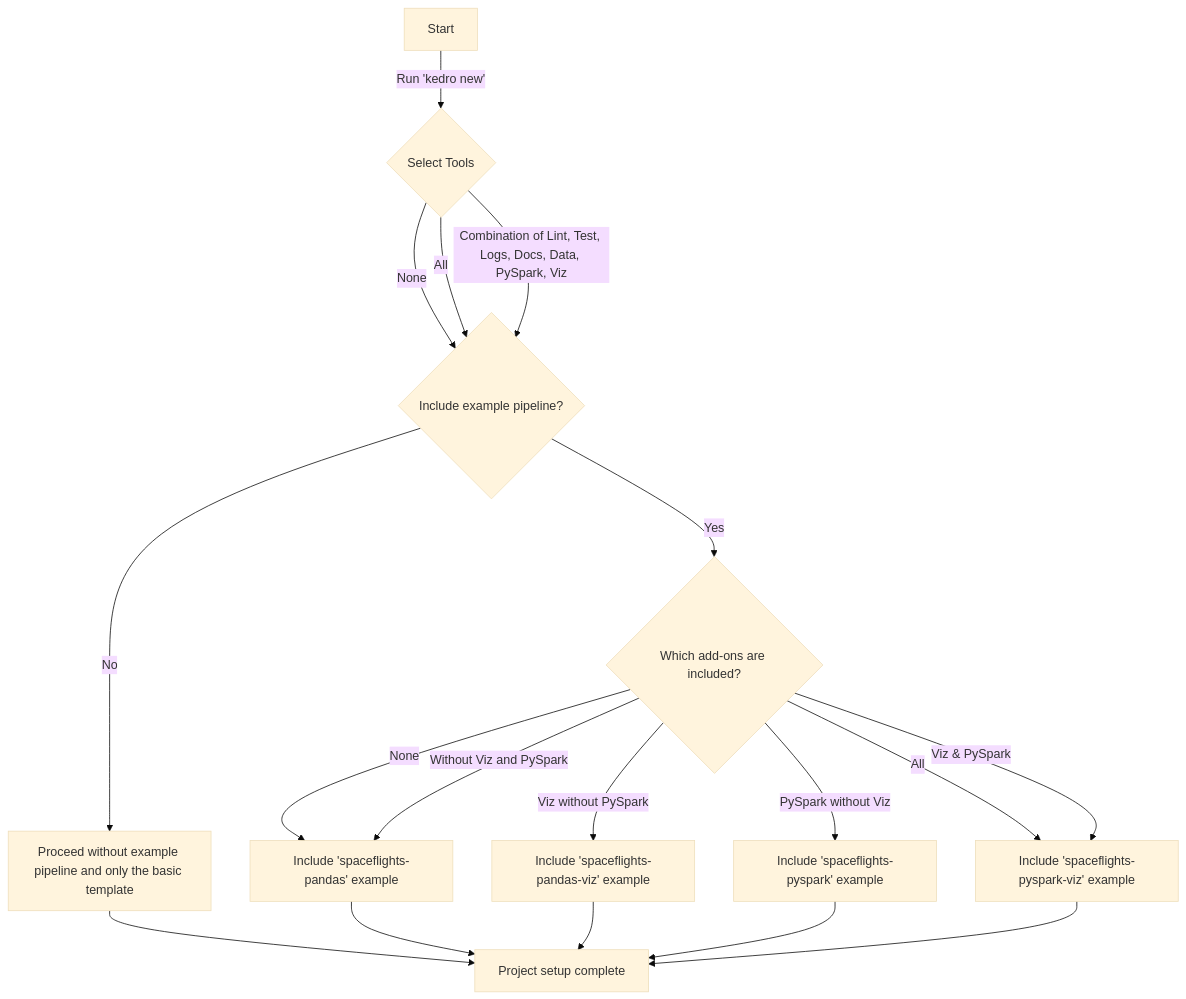
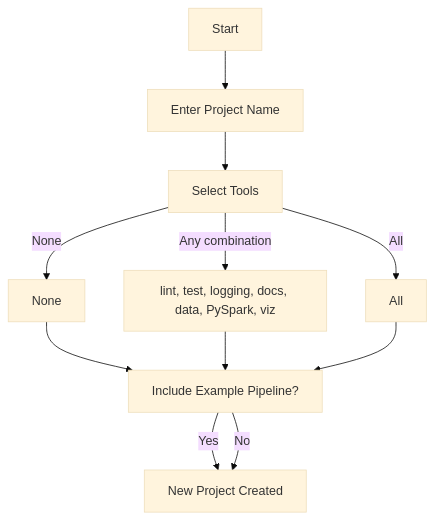
One commit to kedro-org/kedro changed the first of 2 diagrams in docs/source/starters/new_project_tools.md. Above: the diagram before and after it, drawn with Mermaid (base theme). The commit also changed other lines of this file, not shown here.

Commit message:
updated mermaid diagrams

````diff
--- a/docs/source/starters/new_project_tools.md
+++ b/docs/source/starters/new_project_tools.md
@@ -209,21 +210,17 @@
 ```{mermaid}
-:alt: mermaid-Decision making diagram for setting up a new Kedro project
+:alt: General overview diagram for setting up a new Kedro project with tools
 flowchart TD
-    A[Start] -->|Run 'kedro new'| B{Select Tools}
-    B -->|None| C{Include example pipeline?}
-    B -->|All| C{Include example pipeline?}
-    B -->|Combination of Lint, Test, Logs, Docs, Data, PySpark, Viz| C
-    C -->|No| D[Proceed without example pipeline and only the basic template]
-    C -->|Yes| E{Which add-ons are included?}
-    E -->|None| F[Include 'spaceflights-pandas' example]
-    E -->|All| I[Include 'spaceflights-pyspark-viz' example]
-    E -->|Viz without PySpark| G[Include 'spaceflights-pandas-viz' example]
-    E -->|PySpark without Viz| H[Include 'spaceflights-pyspark' example]
-    E -->|Viz & PySpark| I[Include 'spaceflights-pyspark-viz' example]
-    E -->|Without Viz and PySpark| F[Include 'spaceflights-pandas' example]
-    D --> J[Project setup complete]
-    F --> J
-    G --> J
-    H --> J
-    I --> J
+    A[Start] --> B[Enter Project Name];
+    B --> C[Select Tools];
+
+    C -->|None| D[None];
+    C -->|Any combination| E[lint, test, logging, docs, data, PySpark, viz];
+    C -->|All| F[All];
+
+    D --> G[Include Example Pipeline?]
+    E --> G;
+    F --> G
+
+    G -->|Yes| H[New Project Created];
+    G -->|No| H;
 ```
````
